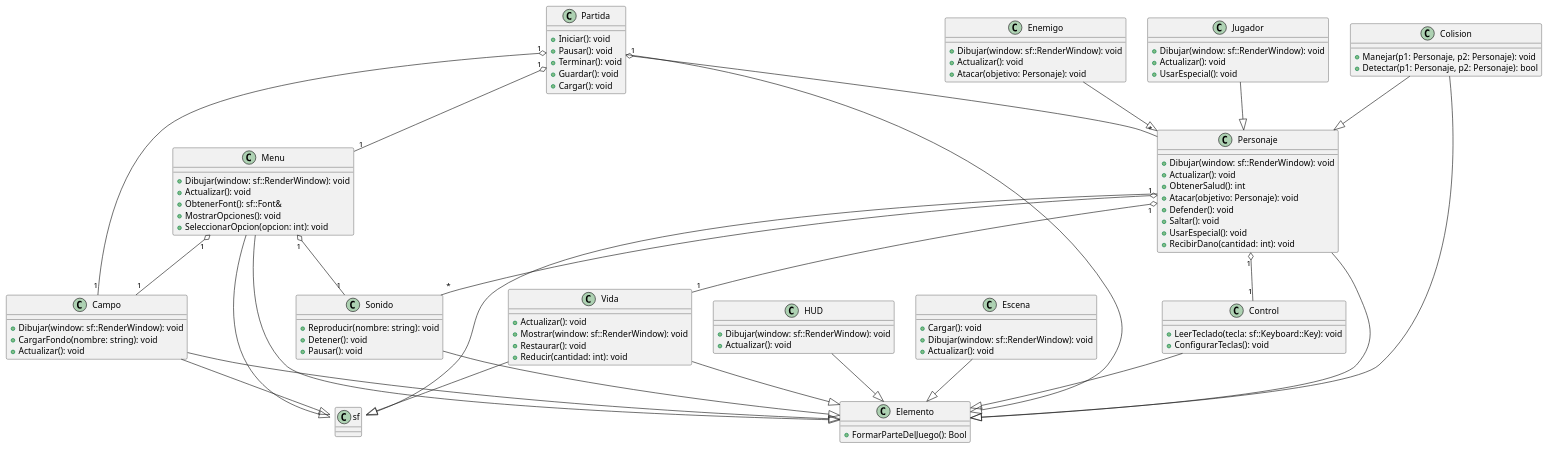
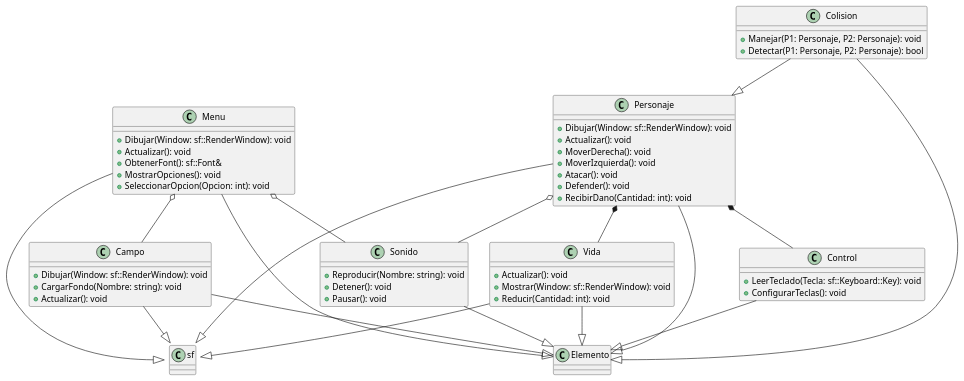
Before and after one commit to Cabrales040104/Cobra-Kai-: the diagram in documento/diagrama.puml, drawn with PlantUML.

Commit message:
Avance 15

```diff
--- a/documento/diagrama.puml
+++ b/documento/diagrama.puml
@@ -1,124 +1,73 @@
 @startuml
 class Menu
 class Campo
 class Control
 class Personaje
 class Colision
 class Sonido
-class Partida
-class Elemento
 class Vida
-class HUD
-class Escena
-class Enemigo
-class Jugador
 
 class Menu {
-  +Dibujar(window: sf::RenderWindow): void
+  +Dibujar(Window: sf::RenderWindow): void
   +Actualizar(): void
   +ObtenerFont(): sf::Font&
   +MostrarOpciones(): void
-  +SeleccionarOpcion(opcion: int): void
+  +SeleccionarOpcion(Opcion: int): void
 }
 
 class Campo {
-  +Dibujar(window: sf::RenderWindow): void
-  +CargarFondo(nombre: string): void
+  +Dibujar(Window: sf::RenderWindow): void
+  +CargarFondo(Nombre: string): void
   +Actualizar(): void
 }
 
 class Control {
-  +LeerTeclado(tecla: sf::Keyboard::Key): void
+  +LeerTeclado(Tecla: sf::Keyboard::Key): void
   +ConfigurarTeclas(): void
 }
 
 class Personaje {
-  +Dibujar(window: sf::RenderWindow): void
+  +Dibujar(Window: sf::RenderWindow): void
   +Actualizar(): void
-  +ObtenerSalud(): int
-  +Atacar(objetivo: Personaje): void
+  +MoverDerecha(): void
+  +MoverIzquierda(): void
+  +Atacar(): void
   +Defender(): void
-  +Saltar(): void
-  +UsarEspecial(): void
-  +RecibirDano(cantidad: int): void
+  +RecibirDano(Cantidad: int): void
 }
 
 class Colision {
-  +Manejar(p1: Personaje, p2: Personaje): void
-  +Detectar(p1: Personaje, p2: Personaje): bool
+  +Manejar(P1: Personaje, P2: Personaje): void
+  +Detectar(P1: Personaje, P2: Personaje): bool
 }
 
 class Vida {
   +Actualizar(): void
-  +Mostrar(window: sf::RenderWindow): void
-  +Restaurar(): void
-  +Reducir(cantidad: int): void
+  +Mostrar(Window: sf::RenderWindow): void
+  +Reducir(Cantidad: int): void
 }
 
 class Sonido {
-  +Reproducir(nombre: string): void
+  +Reproducir(Nombre: string): void
   +Detener(): void
   +Pausar(): void
 }
 
-class Partida {
-  +Iniciar(): void
-  +Pausar(): void
-  +Terminar(): void
-  +Guardar(): void
-  +Cargar(): void
-}
-
-class Elemento {
-  +FormarParteDelJuego(): Bool
-}
-
-class HUD {
-  +Dibujar(window: sf::RenderWindow): void
-  +Actualizar(): void
-}
-
-class Escena {
-  +Cargar(): void
-  +Dibujar(window: sf::RenderWindow): void
-  +Actualizar(): void
-}
-
-class Enemigo {
-  +Dibujar(window: sf::RenderWindow): void
-  +Actualizar(): void
-  +Atacar(objetivo: Personaje): void
-}
-
-class Jugador {
-  +Dibujar(window: sf::RenderWindow): void
-  +Actualizar(): void
-  +UsarEspecial(): void
-}
-
-Menu "1" o-- "1" Campo
-Menu "1" o-- "1" Sonido
-Personaje "1" o-- "1" Control
-Personaje "1" o-- "1" Vida
-Personaje "1" o-- "*" Sonido
+Menu o-- Campo
+Menu o-- Sonido
+Personaje o-- Sonido
+Personaje *-- Control
+Personaje *-- Vida
 Colision --|> Personaje
 Campo --|> sf::RenderWindow
 Menu --|> sf::RenderWindow
 Vida --|> sf::RenderWindow
 Personaje --|> sf::RenderWindow
-Partida "1" o-- "*" Personaje
-Partida "1" o-- "1" Campo
-Partida "1" o-- "1" Menu
 Menu --|> Elemento
 Campo --|> Elemento
 Control --|> Elemento
 Personaje --|> Elemento
 Colision --|> Elemento
 Vida --|> Elemento
 Sonido --|> Elemento
-Partida --|> Elemento
-HUD --|> Elemento
-Escena --|> Elemento
-Enemigo --|> Personaje
-Jugador --|> Personaje
 @enduml
```
